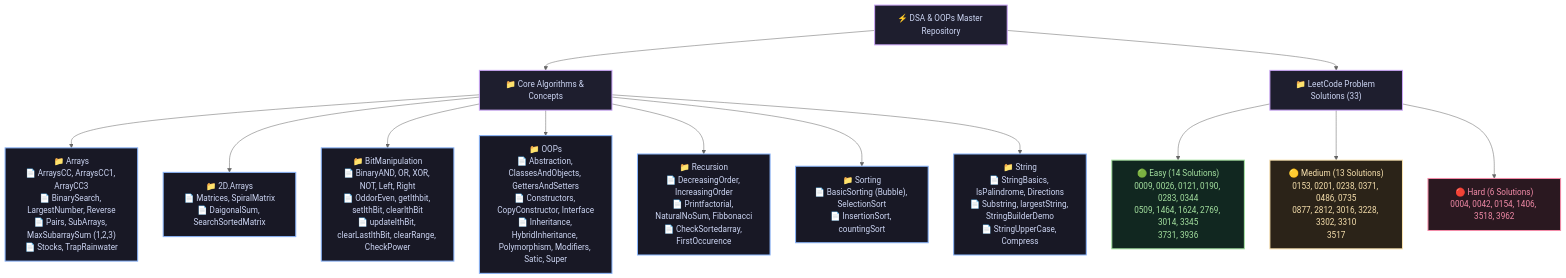
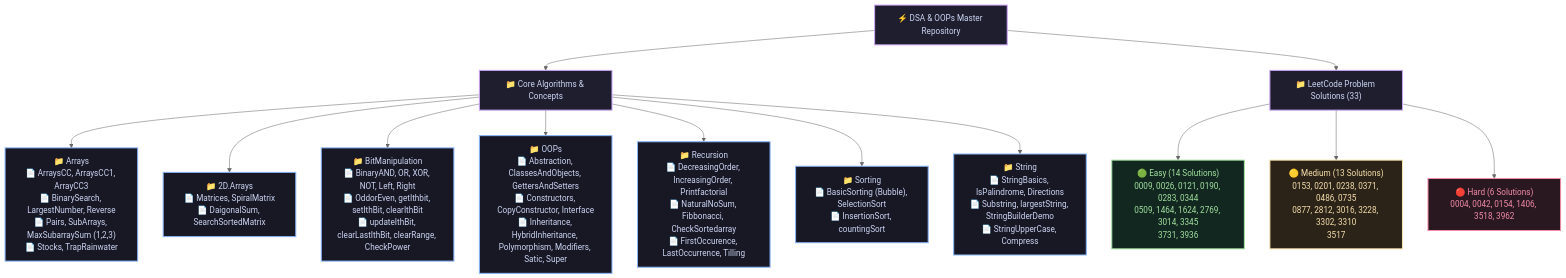
One commit to raghuvanshi-sec/DSA changed the diagram in README.md. Above: the diagram before and after it, drawn with Mermaid (neutral theme). The commit also changed other lines of this file and 3 other files, not shown here.

Commit message:
feat: add LastOccurrence and Tilling recursion algorithms and update README documentation

````diff
--- a/README.md
+++ b/README.md
@@ -196,31 +185,31 @@
 ```mermaid
 flowchart TD
     Root["⚡ DSA & OOPs Master Repository"]
     
     Root --> Core["📁 Core Algorithms & Concepts"]
     Root --> LC["📁 LeetCode Problem Solutions (33)"]
     
     Core --> Arrays["📁 Arrays<br/>📄 ArraysCC, ArraysCC1, ArrayCC3<br/>📄 BinarySearch, LargestNumber, Reverse<br/>📄 Pairs, SubArrays, MaxSubarraySum (1,2,3)<br/>📄 Stocks, TrapRainwater"]
     Core --> Matrices["📁 2D.Arrays<br/>📄 Matrices, SpiralMatrix<br/>📄 DaigonalSum, SearchSortedMatrix"]
     Core --> Bitwise["📁 BitManipulation<br/>📄 BinaryAND, OR, XOR, NOT, Left, Right<br/>📄 OddorEven, getIthbit, setIthBit, clearIthBit<br/>📄 updateIthBit, clearLastIthBit, clearRange, CheckPower"]
     Core --> OOPs["📁 OOPs<br/>📄 Abstraction, ClassesAndObjects, GettersAndSetters<br/>📄 Constructors, CopyConstructor, Interface<br/>📄 Inheritance, HybridInheritance, Polymorphism, Modifiers, Satic, Super"]
-    Core --> Recursion["📁 Recursion<br/>📄 DecreasingOrder, IncreasingOrder<br/>📄 Printfactorial, NaturalNoSum, Fibbonacci<br/>📄 CheckSortedarray, FirstOccurence"]
+    Core --> Recursion["📁 Recursion<br/>📄 DecreasingOrder, IncreasingOrder, Printfactorial<br/>📄 NaturalNoSum, Fibbonacci, CheckSortedarray<br/>📄 FirstOccurence, LastOccurrence, Tilling"]
     Core --> Sorting["📁 Sorting<br/>📄 BasicSorting (Bubble), SelectionSort<br/>📄 InsertionSort, countingSort"]
     Core --> Strings["📁 String<br/>📄 StringBasics, IsPalindrome, Directions<br/>📄 Substring, largestString, StringBuilderDemo<br/>📄 StringUpperCase, Compress"]
     
     LC --> Easy["🟢 Easy (14 Solutions)<br/>0009, 0026, 0121, 0190, 0283, 0344<br/>0509, 1464, 1624, 2769, 3014, 3345<br/>3731, 3936"]
     LC --> Medium["🟡 Medium (13 Solutions)<br/>0153, 0201, 0238, 0371, 0486, 0735<br/>0877, 2812, 3016, 3228, 3302, 3310<br/>3517"]
     LC --> Hard["🔴 Hard (6 Solutions)<br/>0004, 0042, 0154, 1406, 3518, 3962"]
 
     classDef root fill:#1e1e2e,stroke:#cba6f7,stroke-width:2px,color:#cdd6f4;
     classDef folder fill:#181825,stroke:#89b4fa,stroke-width:2px,color:#cdd6f4;
     classDef easy fill:#112720,stroke:#a6e3a1,stroke-width:2px,color:#a6e3a1;
     classDef medium fill:#2b2318,stroke:#f9e2af,stroke-width:2px,color:#f9e2af;
     classDef hard fill:#2a1820,stroke:#f38ba8,stroke-width:2px,color:#f38ba8;
     
     class Root,Core,LC root;
     class Arrays,Matrices,Bitwise,OOPs,Recursion,Sorting,Strings folder;
     class Easy easy;
     class Medium medium;
     class Hard hard;
 ```
````
